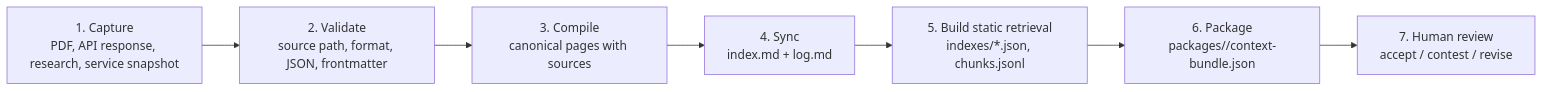
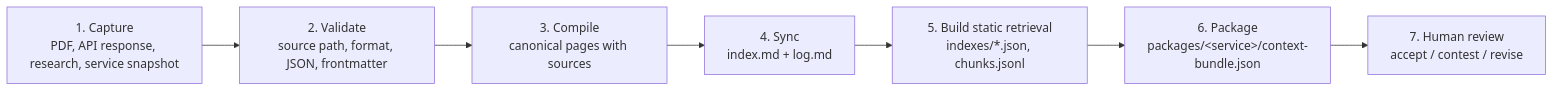
One commit to hyunolike/travel-context-wiki changed the sixth of 6 diagrams in README.md. Above: the diagram before and after it, drawn with Mermaid. The commit also changed other lines of this file and 2 other files, not shown here.

Commit message:
docs: revamp README into multilingual open-source style (EN/KO/JA) (#12)

````diff
--- a/README.md
+++ b/README.md
@@ -213,9 +316,9 @@
 ```mermaid
 flowchart LR
-    Capture["1. Capture\nPDF, API response, research, service snapshot"] --> Validate["2. Validate\nsource path, format, JSON, frontmatter"]
-    Validate --> Compile["3. Compile\ncanonical pages with sources"]
-    Compile --> Sync["4. Sync\nindex.md + log.md"]
-    Sync --> Index["5. Build static retrieval\nindexes/*.json, chunks.jsonl"]
-    Index --> Package["6. Package\npackages/<service>/context-bundle.json"]
-    Package --> Review["7. Human review\naccept / contest / revise"]
+    Capture["1. Capture<br/>PDF, API response, research, service snapshot"] --> Validate["2. Validate<br/>source path, format, JSON, frontmatter"]
+    Validate --> Compile["3. Compile<br/>canonical pages with sources"]
+    Compile --> Sync["4. Sync<br/>index.md + log.md"]
+    Sync --> Index["5. Build static retrieval<br/>indexes/*.json, chunks.jsonl"]
+    Index --> Package["6. Package<br/>packages/&lt;service&gt;/context-bundle.json"]
+    Package --> Review["7. Human review<br/>accept / contest / revise"]
 ```
````
